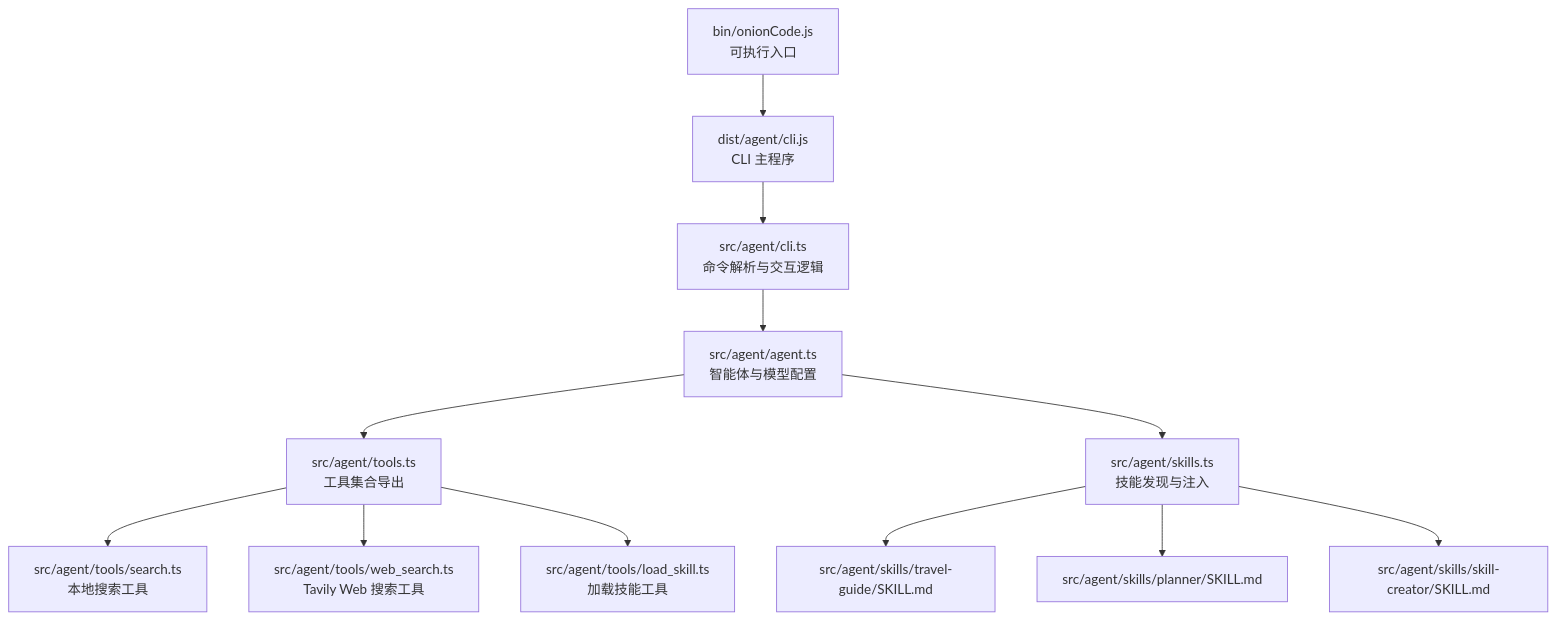
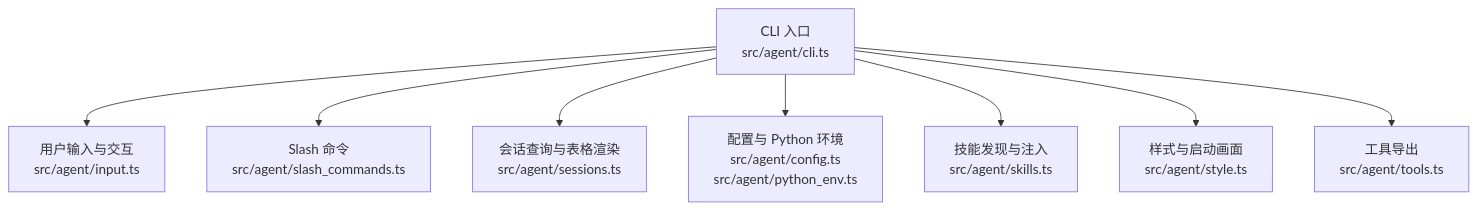
Before and after one commit to HAOFUYANG/onion-code: the first of 8 diagrams in .qoder/repowiki/zh/content/快速开始.md, drawn with Mermaid. The commit also changed other lines of this file and 58 other files, not shown here.

````diff
--- a/.qoder/repowiki/zh/content/快速开始.md
+++ b/.qoder/repowiki/zh/content/快速开始.md
@@ -43,14 +45,10 @@
 ```mermaid
 graph TB
-A["bin/onionCode.js<br/>可执行入口"] --> B["dist/agent/cli.js<br/>CLI 主程序"]
-B --> C["src/agent/cli.ts<br/>命令解析与交互逻辑"]
-C --> D["src/agent/agent.ts<br/>智能体与模型配置"]
-D --> E["src/agent/tools.ts<br/>工具集合导出"]
-E --> F["src/agent/tools/search.ts<br/>本地搜索工具"]
-E --> G["src/agent/tools/web_search.ts<br/>Tavily Web 搜索工具"]
-E --> H["src/agent/tools/load_skill.ts<br/>加载技能工具"]
-D --> I["src/agent/skills.ts<br/>技能发现与注入"]
-I --> J["src/agent/skills/travel-guide/SKILL.md"]
-I --> K["src/agent/skills/planner/SKILL.md"]
-I --> L["src/agent/skills/skill-creator/SKILL.md"]
+A["CLI 入口<br/>src/agent/cli.ts"] --> B["用户输入与交互<br/>src/agent/input.ts"]
+A --> C["Slash 命令<br/>src/agent/slash_commands.ts"]
+A --> D["会话查询与表格渲染<br/>src/agent/sessions.ts"]
+A --> E["配置与 Python 环境<br/>src/agent/config.ts<br/>src/agent/python_env.ts"]
+A --> F["技能发现与注入<br/>src/agent/skills.ts"]
+A --> G["样式与启动画面<br/>src/agent/style.ts"]
+A --> H["工具导出<br/>src/agent/tools.ts"]
 ```
````
